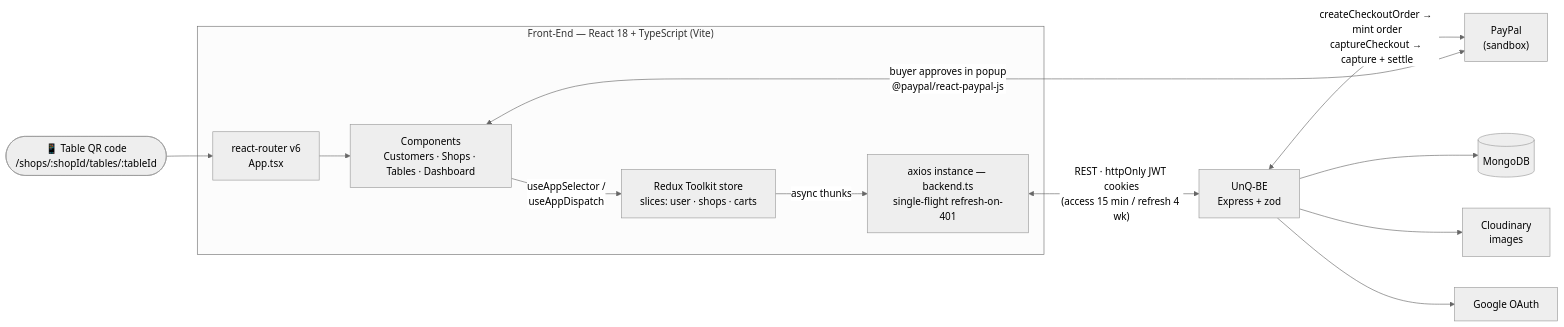
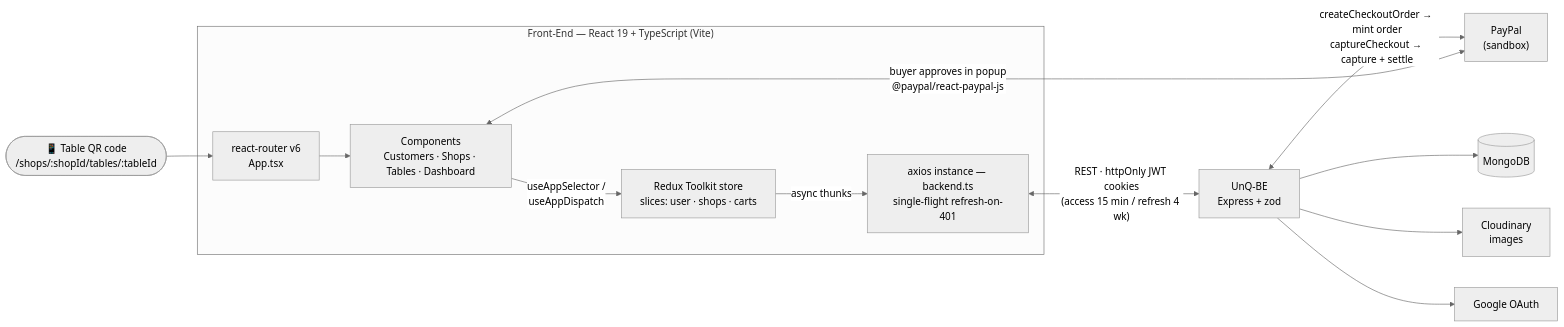
The diagram in README.md (Nando-C/UnQ-FE), drawn with Mermaid (neutral theme) before and after one commit. The commit also changed other lines of this file and 3 other files, not shown here.

Commit message:
chore(deps): upgrade to React 19, Vite 8, Vitest 5, ESLint 10 and TypeScript 6

````diff
--- a/README.md
+++ b/README.md
@@ -120,23 +120,23 @@
 ```mermaid
 flowchart LR
     QR(["📱 Table QR code<br/>/shops/:shopId/tables/:tableId"]) --> Router
 
-    subgraph FE["Front-End — React 18 + TypeScript (Vite)"]
+    subgraph FE["Front-End — React 19 + TypeScript (Vite)"]
         Router["react-router v6<br/>App.tsx"]
         UI["Components<br/>Customers · Shops · Tables · Dashboard"]
         Store["Redux Toolkit store<br/>slices: user · shops · carts"]
         Axios["axios instance — backend.ts<br/>single-flight refresh-on-401"]
 
         Router --> UI
         UI -->|"useAppSelector /<br/>useAppDispatch"| Store
         Store -->|async thunks| Axios
     end
 
     Axios <-->|"REST · httpOnly JWT cookies<br/>(access 15 min / refresh 4 wk)"| BE["UnQ-BE<br/>Express + zod"]
     BE <-->|"createCheckoutOrder → mint order<br/>captureCheckout → capture + settle"| PayPal["PayPal<br/>(sandbox)"]
     UI <-->|"buyer approves in popup<br/>@paypal/react-paypal-js"| PayPal
 
     BE --> Mongo[("MongoDB")]
     BE --> Cloudinary["Cloudinary<br/>images"]
     BE --> Google["Google OAuth"]
 ```
````
